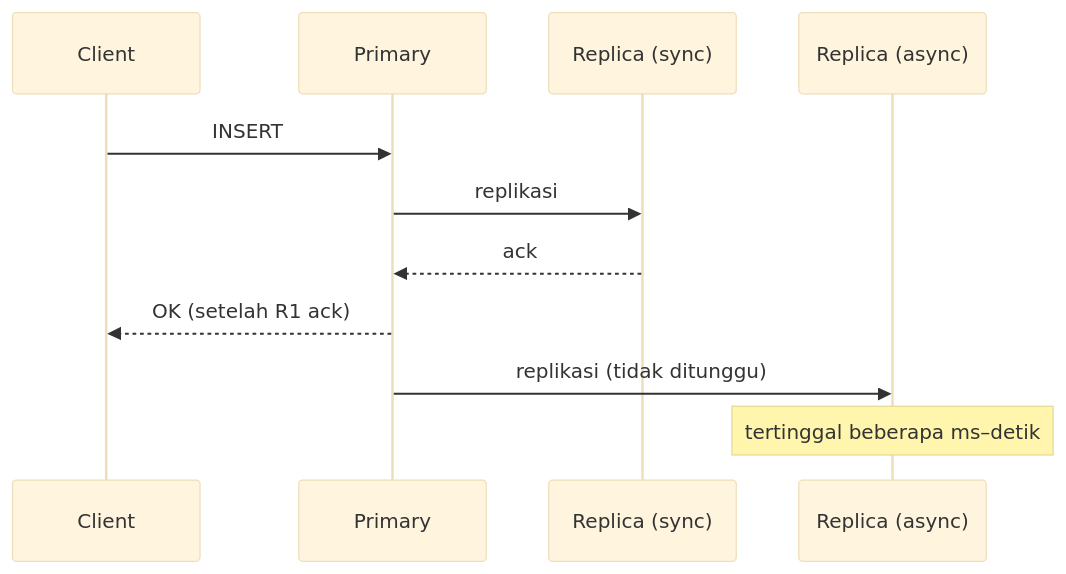
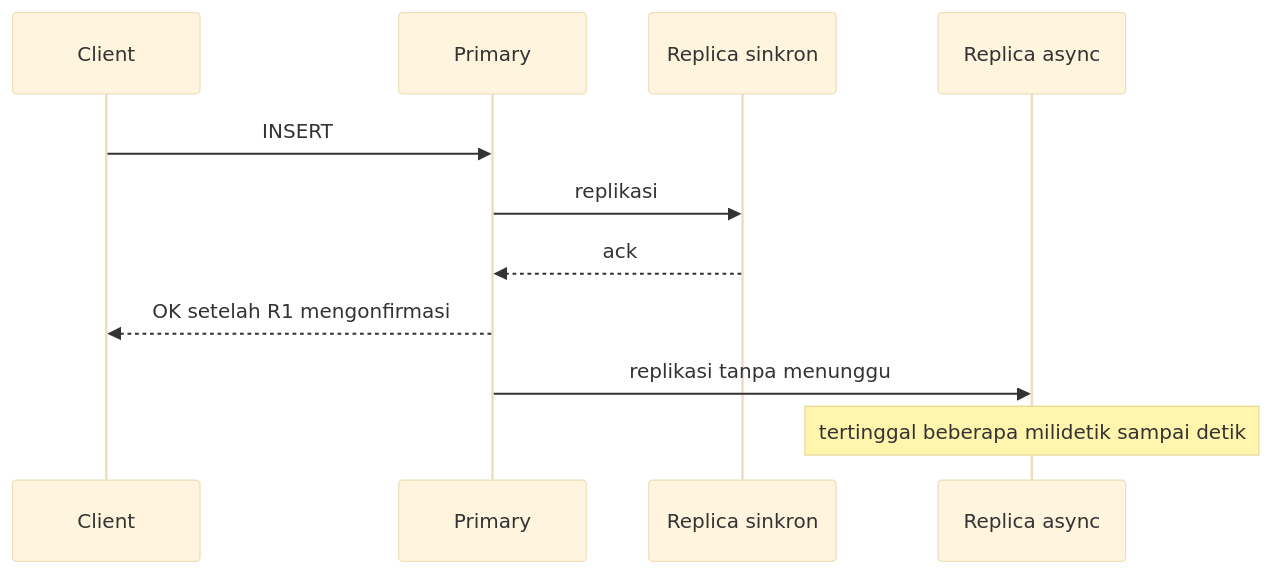
The first of 2 diagrams in src/content/lessons/bagian-2/database.mdx (andreanpradanaa/sysdesign-lab), drawn with Mermaid (base theme) before and after one commit. The commit also changed other lines of this file and 18 other files, not shown here.

````diff
--- a/src/content/lessons/bagian-2/database.mdx
+++ b/src/content/lessons/bagian-2/database.mdx
@@ -118,13 +119,13 @@
 ```mermaid
 sequenceDiagram
   participant C as Client
   participant P as Primary
-  participant R1 as Replica (sync)
-  participant R2 as Replica (async)
+  participant R1 as Replica sinkron
+  participant R2 as Replica async
   C->>P: INSERT
   P->>R1: replikasi
   R1-->>P: ack
-  P-->>C: OK (setelah R1 ack)
-  P->>R2: replikasi (tidak ditunggu)
-  Note over R2: tertinggal beberapa ms–detik
+  P-->>C: OK setelah R1 mengonfirmasi
+  P->>R2: replikasi tanpa menunggu
+  Note over R2: tertinggal beberapa milidetik sampai detik
 ```
````
